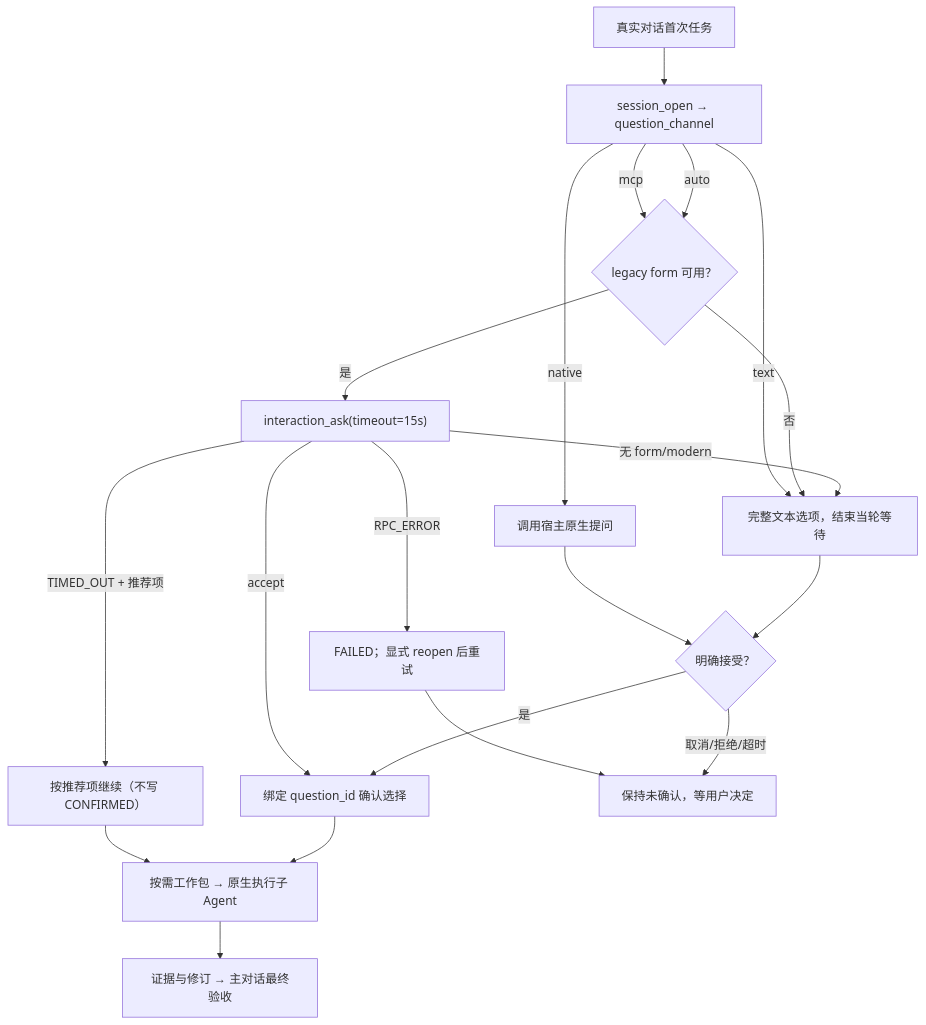
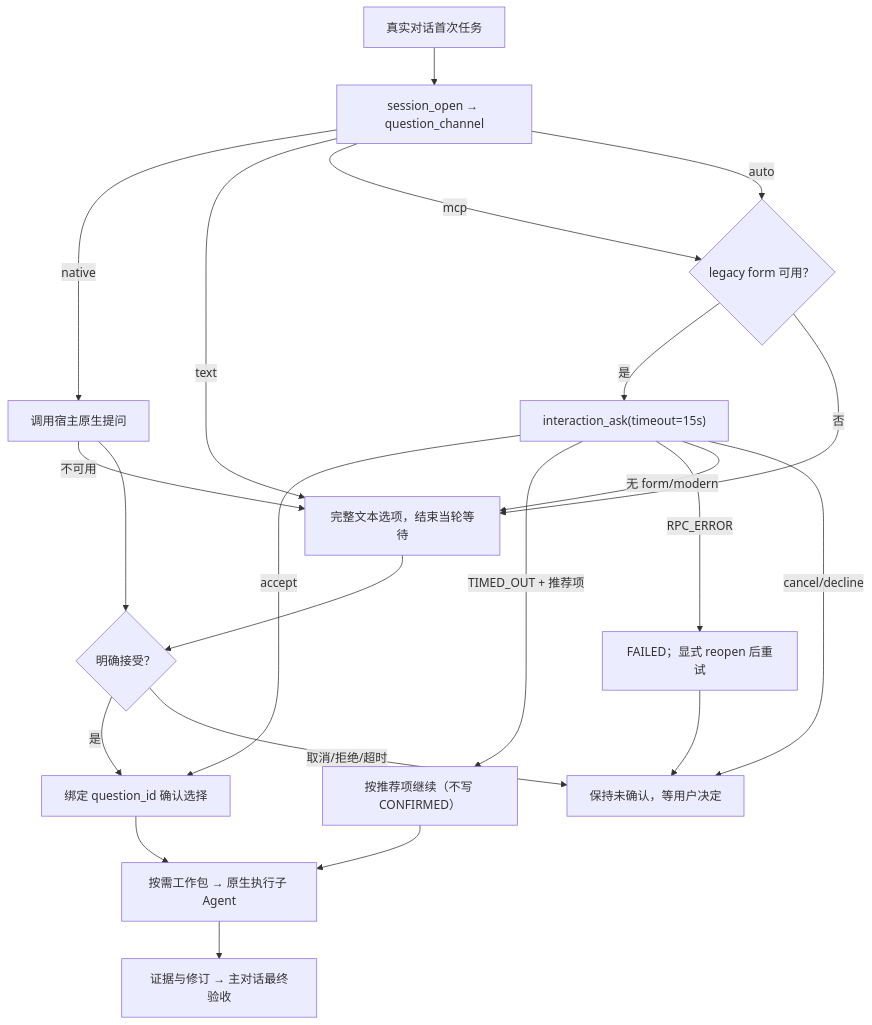
One commit to jinsc123654/single-conversation-subagent-skill changed the diagram in README.md. Above: the diagram before and after it, drawn with Mermaid. The commit also changed 2 other files, not shown here.

Commit message:
docs: complete the question-channel flow diagram
add interaction_ask cancel/decline and native-unavailable text exits; record the fourth Codex REJECT.

````diff
--- a/README.md
+++ b/README.md
@@ -7,22 +7,24 @@
 ```mermaid
 flowchart TD
   S["真实对话首次任务"] --> O["session_open → question_channel"]
   O -->|native| A["调用宿主原生提问"]
   O -->|text| T["完整文本选项，结束当轮等待"]
   O -->|mcp| M{"legacy form 可用？"}
   O -->|auto| M
   M -->|是| E["interaction_ask(timeout=15s)"]
   M -->|否| T
   E -->|accept| Q
   E -->|TIMED_OUT + 推荐项| C["按推荐项继续（不写 CONFIRMED）"]
   E -->|RPC_ERROR| F["FAILED；显式 reopen 后重试"]
   E -->|无 form/modern| T
+  E -->|cancel/decline| W
   F --> W
+  A -->|不可用| T
   A --> R{"明确接受？"}
   T --> R
   R -->|是| Q["绑定 question_id 确认选择"]
   R -->|取消/拒绝/超时| W["保持未确认，等用户决定"]
   C --> P["按需工作包 → 原生执行子 Agent"]
   Q --> P
   P --> V["证据与修订 → 主对话最终验收"]
 ```
````
